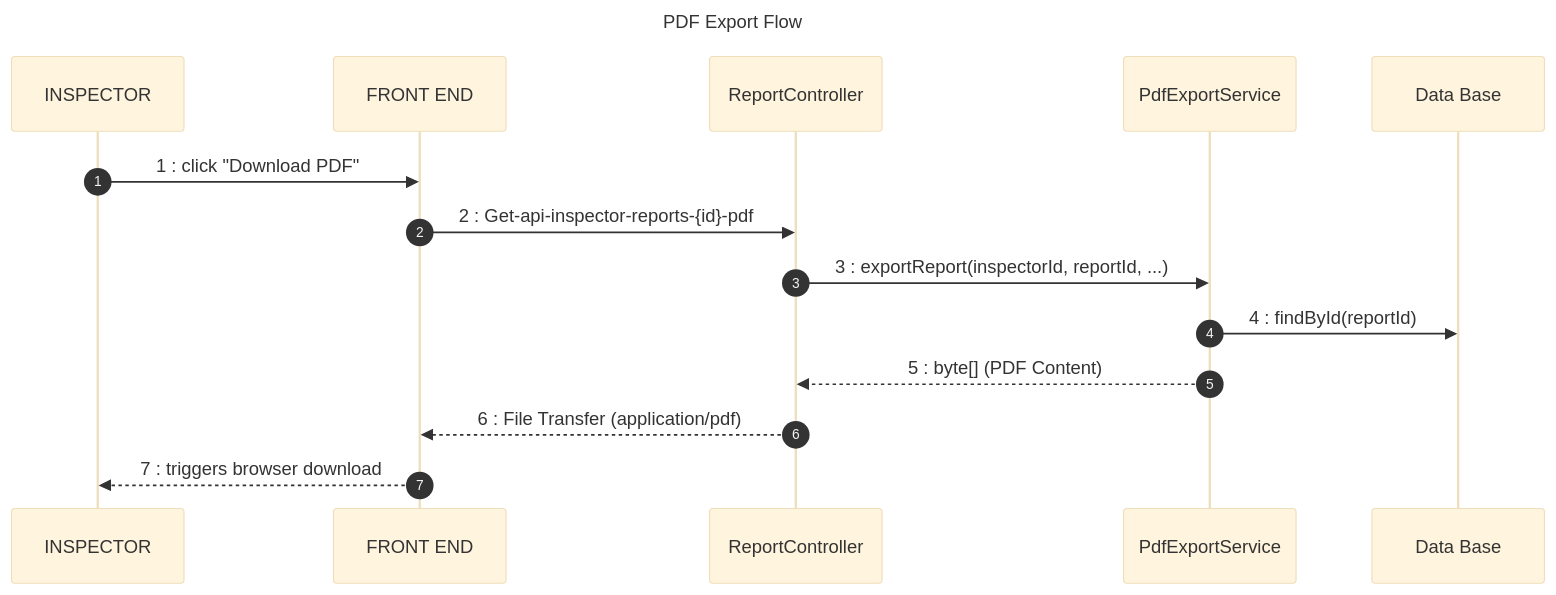
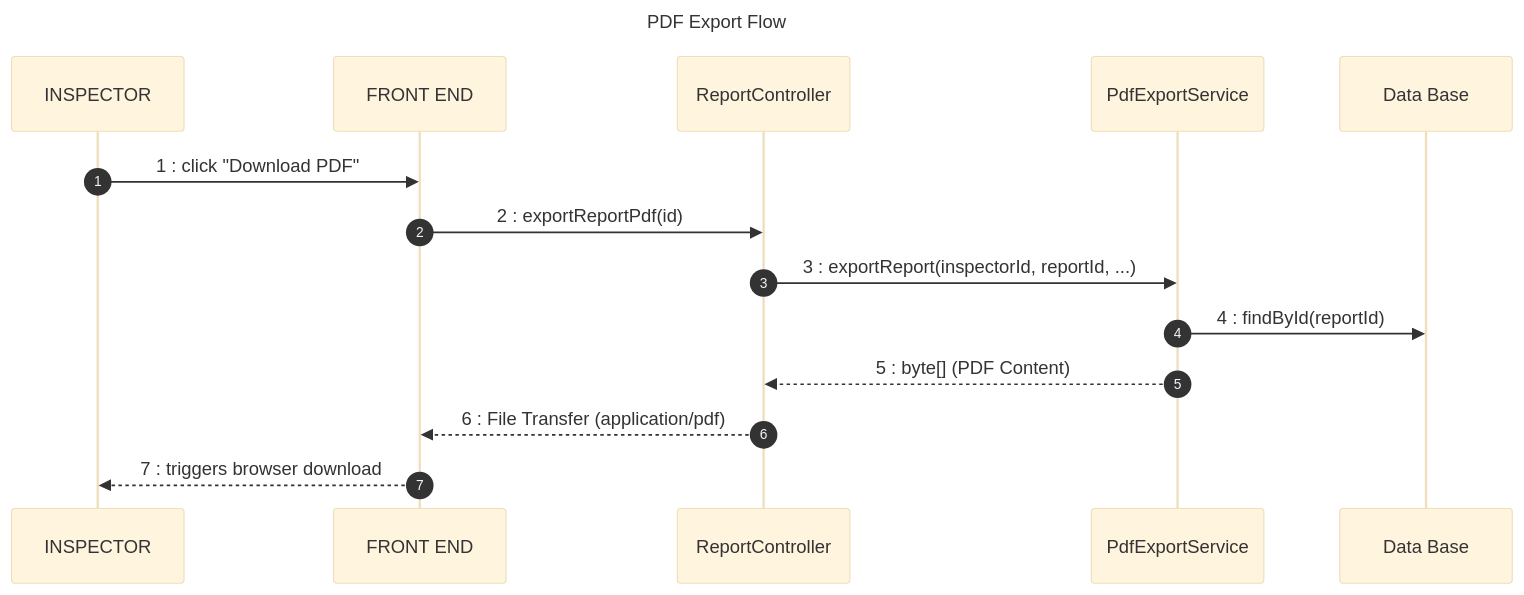
The fourth of 5 diagrams in uml_diagrams/report_management_sequence.md (chbichibsofiene/inspector), drawn with Mermaid (base theme) before and after one commit. The commit also changed other lines of this file and 41 other files, not shown here.

Commit message:
feat: Sprint 4 - Communication & Analytics | updated UML diagrams, class diagrams (StarUML), Messenger service fixes, Docker configs, and documentation

````diff
--- a/uml_diagrams/report_management_sequence.md
+++ b/uml_diagrams/report_management_sequence.md
@@ -97,18 +97,18 @@
 ```mermaid
 sequenceDiagram
     title: PDF Export Flow
     autonumber
     participant USER as INSPECTOR
     participant FE as FRONT END
     participant RC as ReportController
     participant PS as PdfExportService
     participant DB as Data Base
 
     USER->>FE: 1 : click "Download PDF"
-    FE->>RC: 2 : Get-api-inspector-reports-{id}-pdf
+    FE->>RC: 2 : exportReportPdf(id)
     RC->>PS: 3 : exportReport(inspectorId, reportId, ...)
     PS->>DB: 4 : findById(reportId)
     PS-->>RC: 5 : byte[] (PDF Content)
     RC-->>FE: 6 : File Transfer (application/pdf)
     FE-->>USER: 7 : triggers browser download
 ```
````
